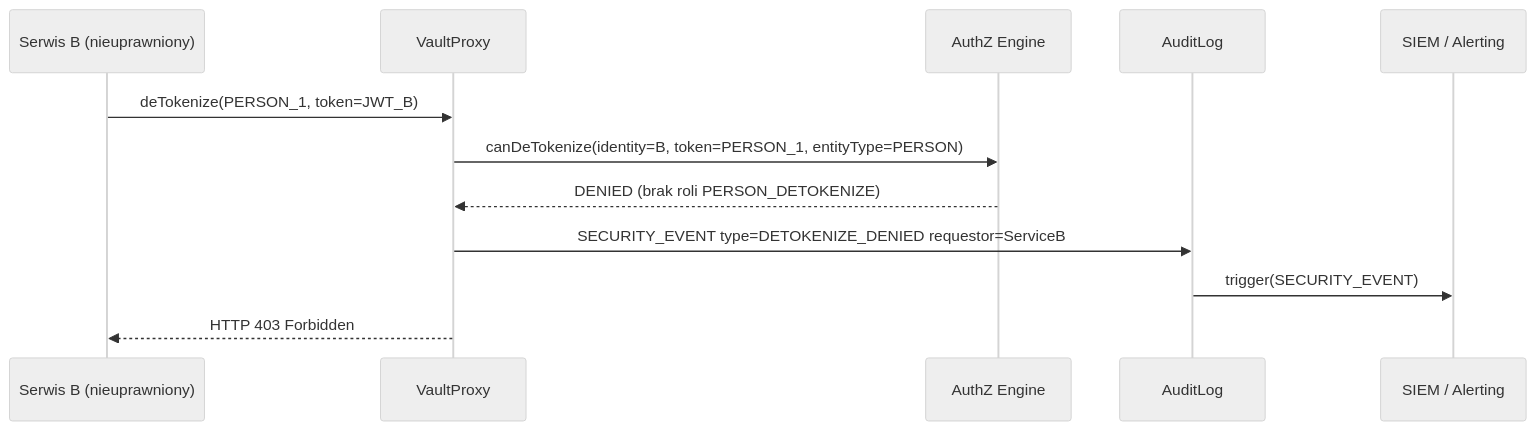
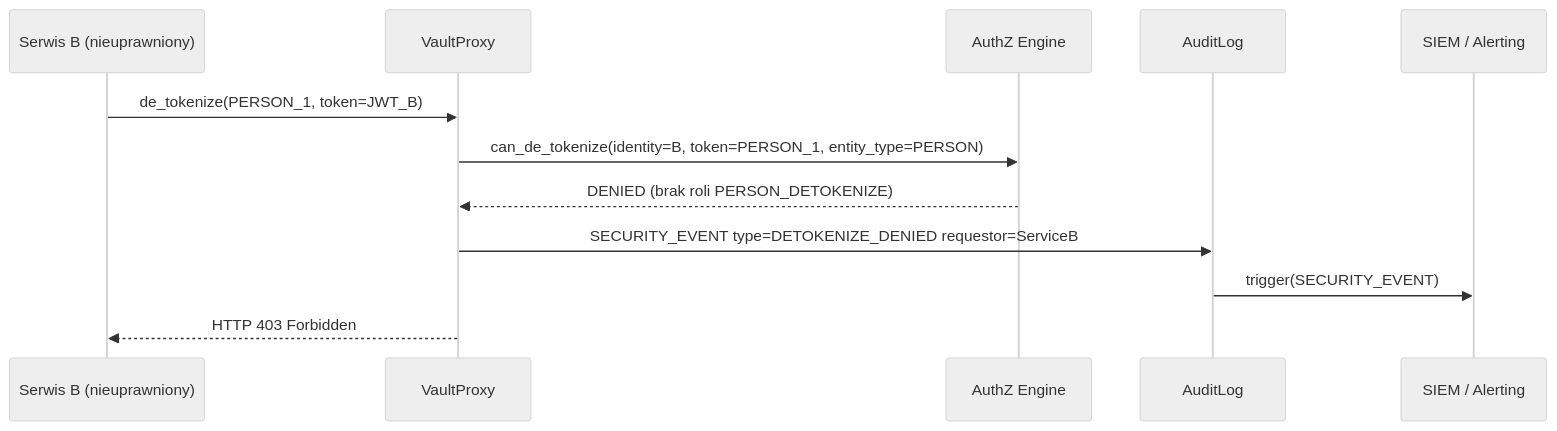
Before and after one commit to gniewekk/Privacy-Preserving-Context-Pipeline-for-LLMs-DP: the ninth of 14 diagrams in ARCHITECTURE.md, drawn with Mermaid (neutral theme). The commit also changed other lines of this file and 30 other files, not shown here.

````diff
--- a/ARCHITECTURE.md
+++ b/ARCHITECTURE.md
@@ -532,16 +532,16 @@
 ```mermaid
 sequenceDiagram
     participant ServiceB as Serwis B (nieuprawniony)
     participant VProxy as VaultProxy
     participant AuthZ as AuthZ Engine
     participant AuditLog as AuditLog
     participant Alerting as SIEM / Alerting
 
-    ServiceB->>VProxy: deTokenize(PERSON_1, token=JWT_B)
-    VProxy->>AuthZ: canDeTokenize(identity=B, token=PERSON_1, entityType=PERSON)
+    ServiceB->>VProxy: de_tokenize(PERSON_1, token=JWT_B)
+    VProxy->>AuthZ: can_de_tokenize(identity=B, token=PERSON_1, entity_type=PERSON)
     AuthZ-->>VProxy: DENIED (brak roli PERSON_DETOKENIZE)
 
     VProxy->>AuditLog: SECURITY_EVENT type=DETOKENIZE_DENIED requestor=ServiceB
     AuditLog->>Alerting: trigger(SECURITY_EVENT)
     VProxy-->>ServiceB: HTTP 403 Forbidden
 ```
````
